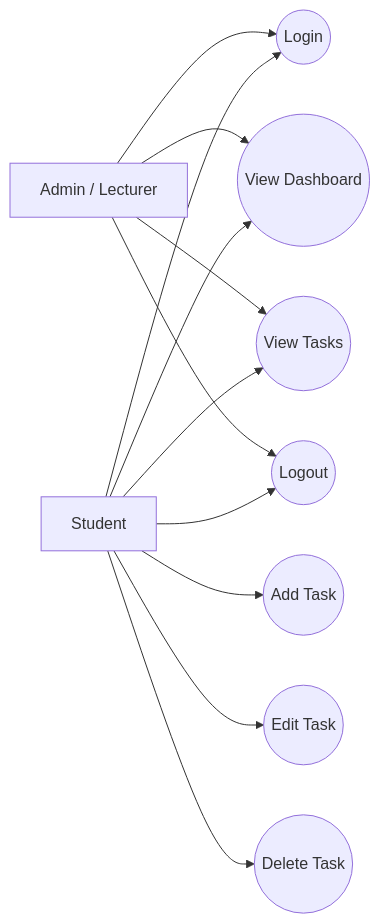
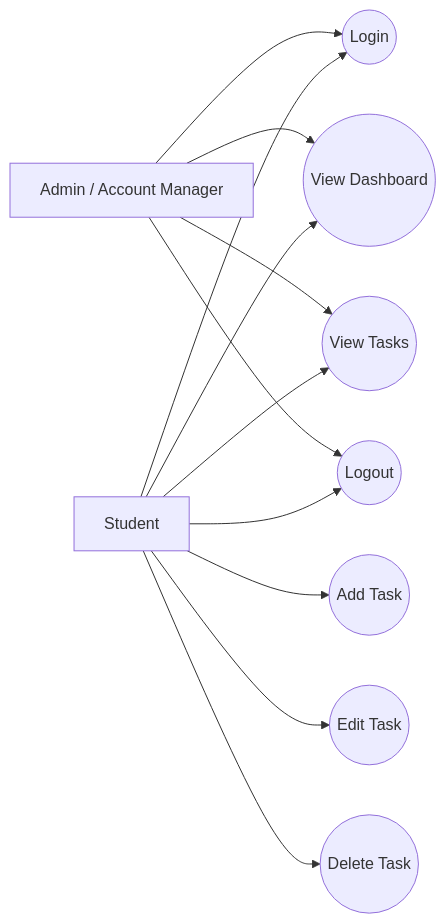
Before and after one commit to ezra08mc/inspire-lite: the diagram in use-case-diagram.md, drawn with Mermaid. The commit also changed other lines of this file and 5 other files, not shown here.

````diff
--- a/use-case-diagram.md
+++ b/use-case-diagram.md
@@ -3,26 +3,26 @@
 ```mermaid
 flowchart LR
     Student[Student]
-    Admin[Admin / Lecturer]
+    Admin[Admin / Account Manager]
 
     Login((Login))
     Dashboard((View Dashboard))
     ViewTasks((View Tasks))
     AddTask((Add Task))
     EditTask((Edit Task))
     DeleteTask((Delete Task))
     Logout((Logout))
 
     Student --> Login
     Student --> Dashboard
     Student --> ViewTasks
     Student --> AddTask
     Student --> EditTask
     Student --> DeleteTask
     Student --> Logout
 
     Admin --> Login
     Admin --> Dashboard
     Admin --> ViewTasks
     Admin --> Logout
 ```
````
